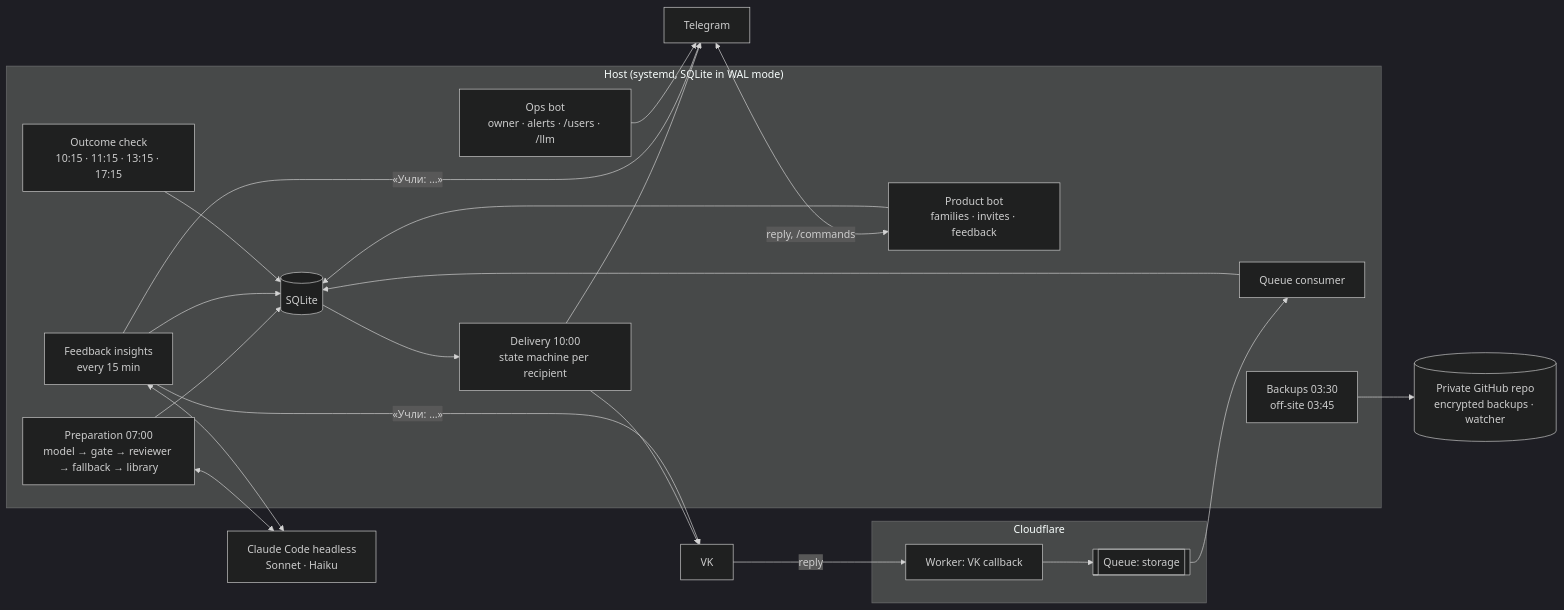
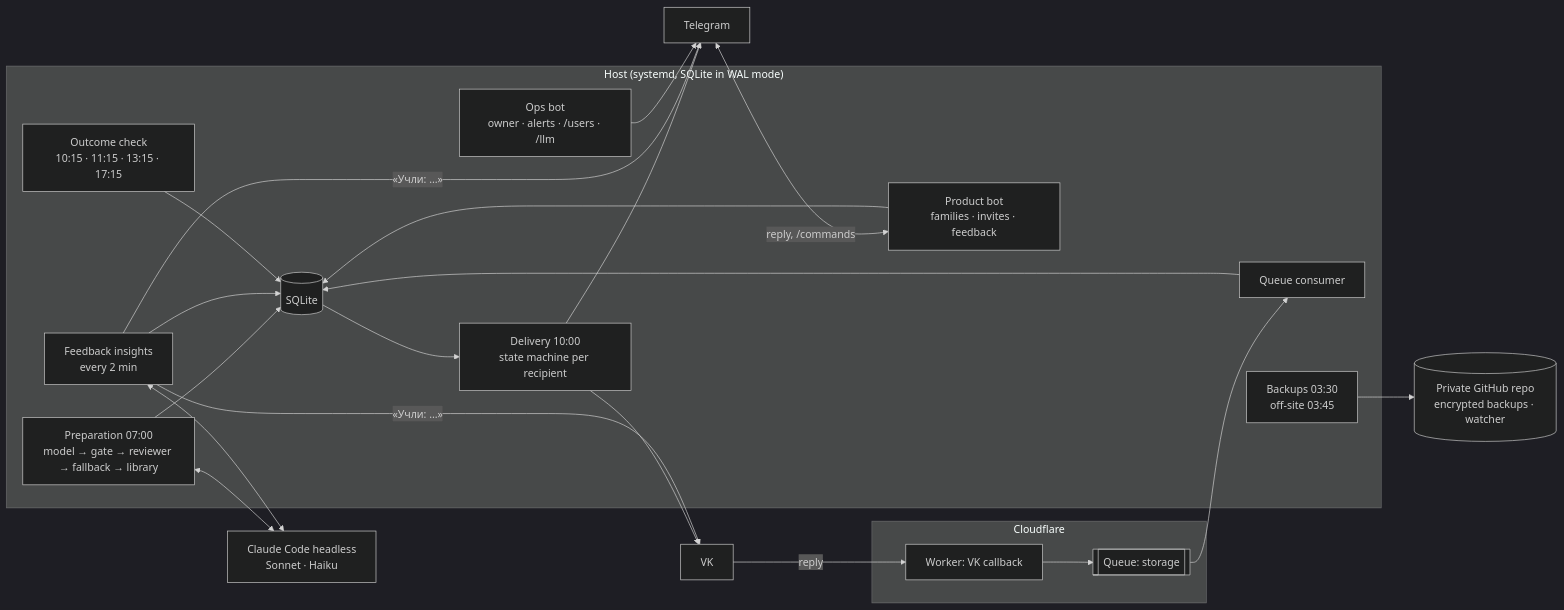
One commit to LukshinVI/game-of-the-day changed the diagram in docs/architecture.md. Above: the diagram before and after it, drawn with Mermaid (dark theme). The commit also changed other lines of this file and 16 other files, not shown here.

````diff
--- a/docs/architecture.md
+++ b/docs/architecture.md
@@ -9,34 +9,34 @@
 ```mermaid
 flowchart LR
     subgraph Host["Host (systemd, SQLite in WAL mode)"]
         PREP[Preparation 07:00<br/>model → gate → reviewer → fallback → library]
         DEL[Delivery 10:00<br/>state machine per recipient]
         CHK[Outcome check<br/>10:15 · 11:15 · 13:15 · 17:15]
-        INS[Feedback insights<br/>every 15 min]
+        INS[Feedback insights<br/>every 2 min]
         PB[Product bot<br/>families · invites · feedback]
         OB[Ops bot<br/>owner · alerts · /users · /llm]
         CON[Queue consumer]
         BK[Backups 03:30<br/>off-site 03:45]
         DB[(SQLite)]
     end
     subgraph Edge["Cloudflare"]
         W[Worker: VK callback]
         Q[[Queue: storage]]
     end
     CC[Claude Code headless<br/>Sonnet · Haiku]
     VK[VK]
     TG[Telegram]
     GH[(Private GitHub repo<br/>encrypted backups · watcher)]
 
     PREP <--> CC
     PREP --> DB
     DB --> DEL --> VK & TG
     VK -->|reply| W --> Q --> CON --> DB
     TG <-->|reply, /commands| PB --> DB
     INS <--> CC
     INS --> DB
     INS -->|"«Учли: …»"| VK & TG
     CHK --> DB
     OB --> TG
     BK --> GH
 ```
````
